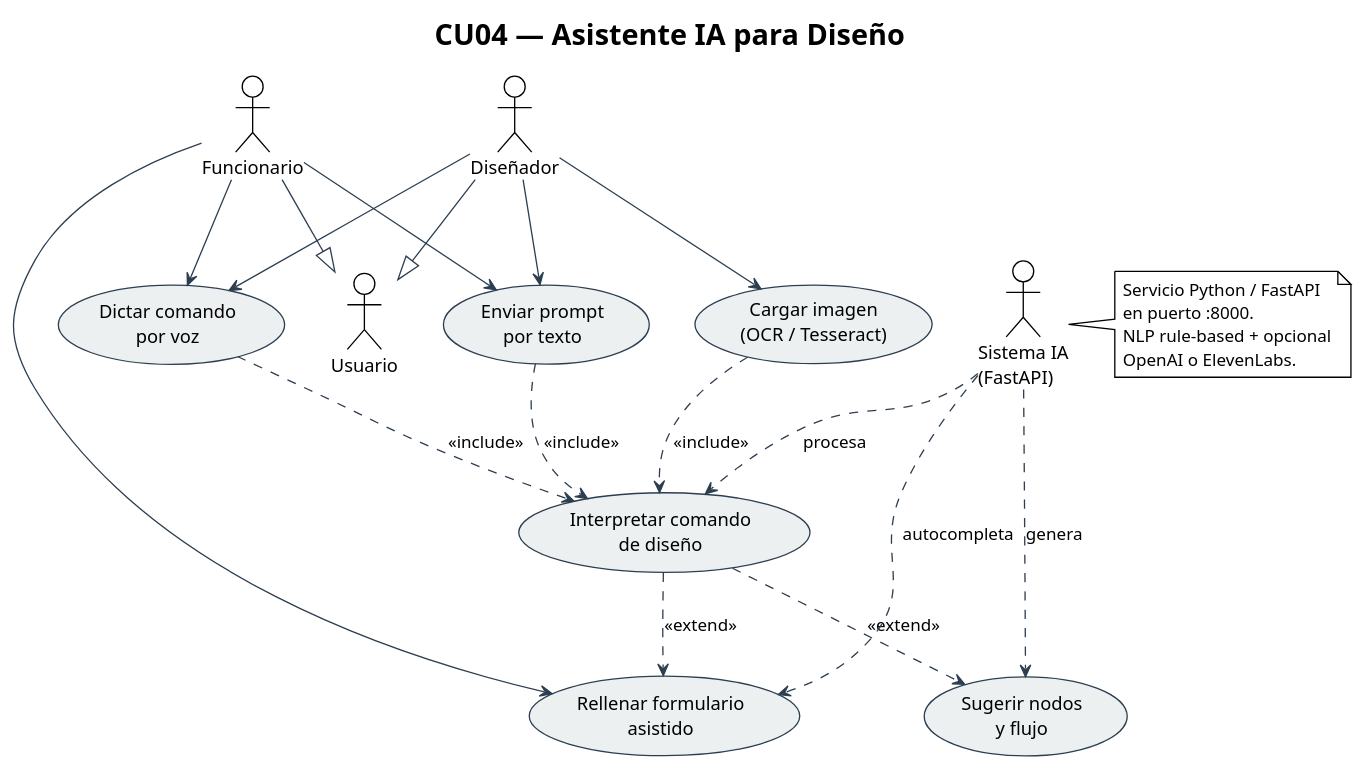
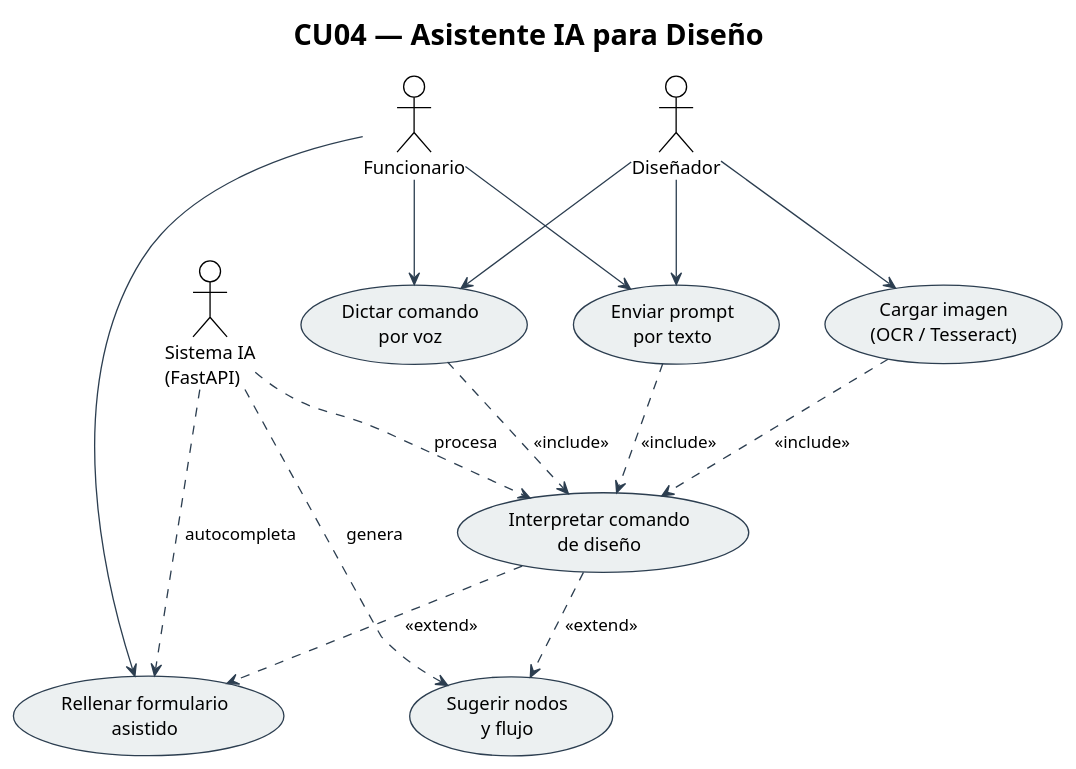
The diagram in docs/uml/cu04_asistente_ia.puml (luisfernandoAngulo28/Examen1SW1), drawn with PlantUML before and after one commit. The commit also changed 61 other files, not shown here.

Commit message:
docs+feat: commit all documentation, UML diagrams, ai-service routes, mobile app updates

```diff
--- a/docs/uml/cu04_asistente_ia.puml
+++ b/docs/uml/cu04_asistente_ia.puml
@@ -1,52 +1,45 @@
 @startuml CU04_Asistente_IA
 !theme plain
 skinparam actorStyle default
 skinparam usecaseBorderColor #2C3E50
 skinparam usecaseBackgroundColor #ECF0F1
 skinparam arrowColor #2C3E50
 
 title CU04 — Asistente IA para Diseño
 
 ' ── Actores ──
 actor "Diseñador"  as DESIGNER
 actor "Funcionario" as OFFICER
-actor "Usuario"    as USER
+
 actor "Sistema IA\n(FastAPI)" as AI
 
-DESIGNER --|> USER
-OFFICER  --|> USER
 
 ' ── Casos de uso ──
 usecase "Enviar prompt\npor texto"          as UC_TEXT
 usecase "Dictar comando\npor voz"           as UC_VOICE
 usecase "Cargar imagen\n(OCR / Tesseract)"  as UC_IMAGE
 usecase "Interpretar comando\nde diseño"    as UC_INTERPRET
 usecase "Sugerir nodos\ny flujo"            as UC_SUGGEST
 usecase "Rellenar formulario\nasistido"     as UC_FILL
 
 ' ── Relaciones ──
 DESIGNER --> UC_TEXT
 DESIGNER --> UC_VOICE
 DESIGNER --> UC_IMAGE
 OFFICER  --> UC_TEXT
 OFFICER  --> UC_VOICE
 OFFICER  --> UC_FILL
 
 UC_TEXT   ..> UC_INTERPRET : <<include>>
 UC_VOICE  ..> UC_INTERPRET : <<include>>
 UC_IMAGE  ..> UC_INTERPRET : <<include>>
 UC_INTERPRET ..> UC_SUGGEST : <<extend>>
 UC_INTERPRET ..> UC_FILL    : <<extend>>
 
 AI ..> UC_INTERPRET : procesa
 AI ..> UC_SUGGEST   : genera
 AI ..> UC_FILL      : autocompleta
 
-note right of AI
-  Servicio Python / FastAPI
-  en puerto :8000.
-  NLP rule-based + opcional
-  OpenAI o ElevenLabs.
-end note
+
 
 @enduml
```
